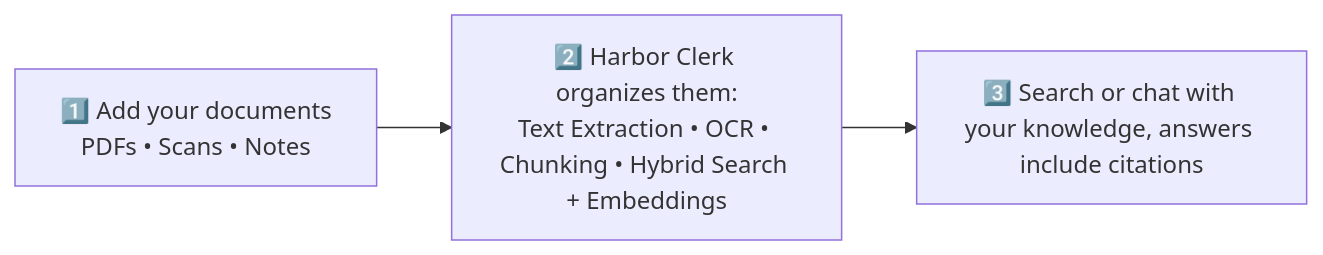
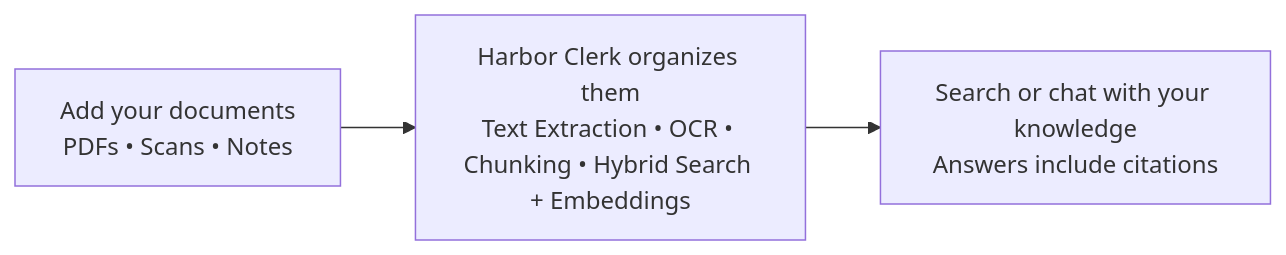
Before and after one commit to r0shi/harborclerk: the first of 2 diagrams in README.md, drawn with Mermaid.

Commit message:
docs: remove numbers from How It Works diagram

````diff
--- a/README.md
+++ b/README.md
@@ -34,7 +34,7 @@
 ```mermaid
 graph LR
-    docs["1️⃣ Add your documents<br/>PDFs • Scans • Notes"]
-    process["2️⃣ Harbor Clerk organizes them:<br/>Text Extraction • OCR • Chunking • Hybrid Search + Embeddings"]
-    ask["3️⃣ Search or chat with your knowledge, answers include citations"]
+    docs["Add your documents<br/>PDFs • Scans • Notes"]
+    process["Harbor Clerk organizes them<br/>Text Extraction • OCR • Chunking • Hybrid Search + Embeddings"]
+    ask["Search or chat with your knowledge<br/>Answers include citations"]
     docs --> process --> ask
 ```
````
